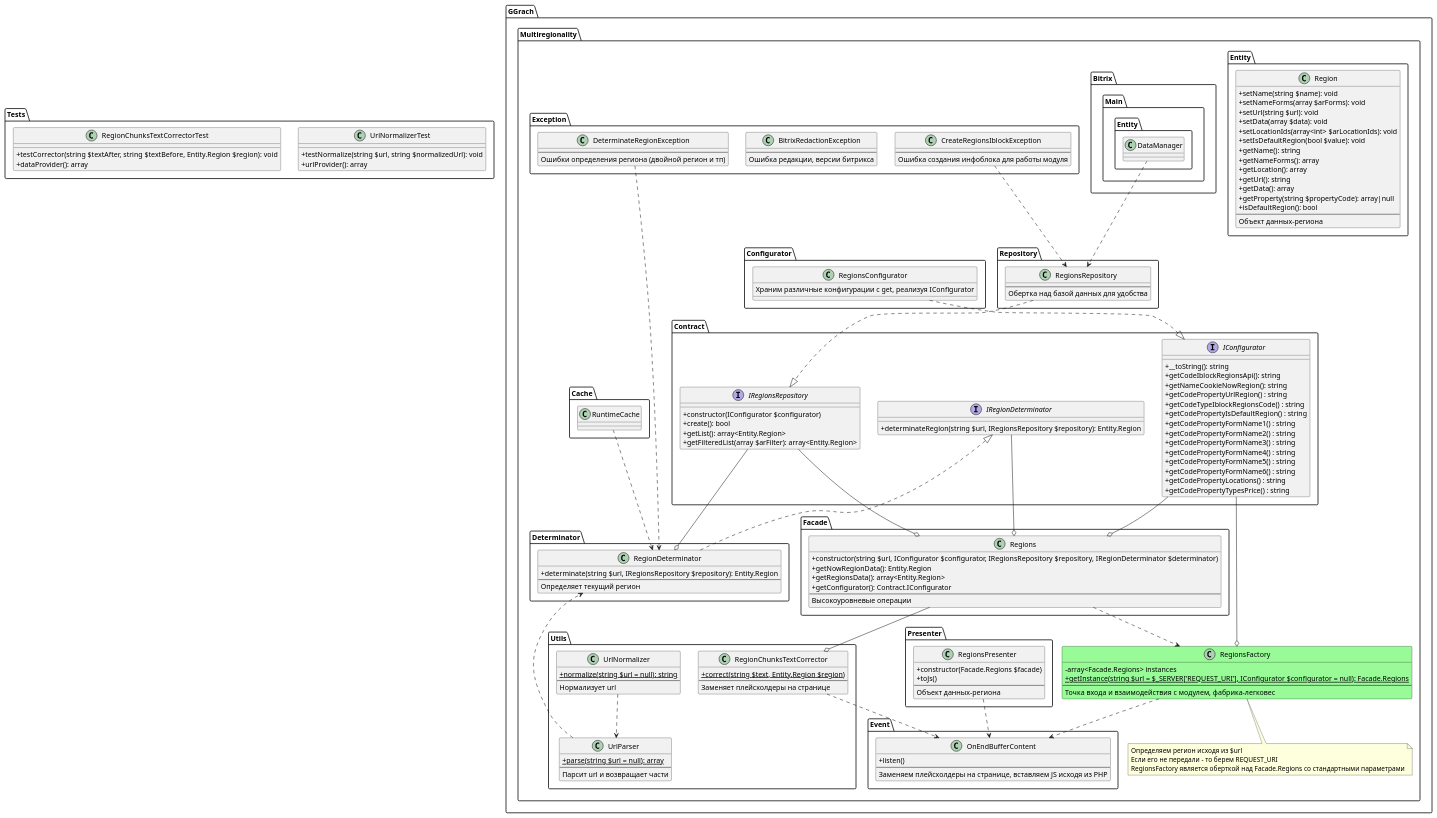
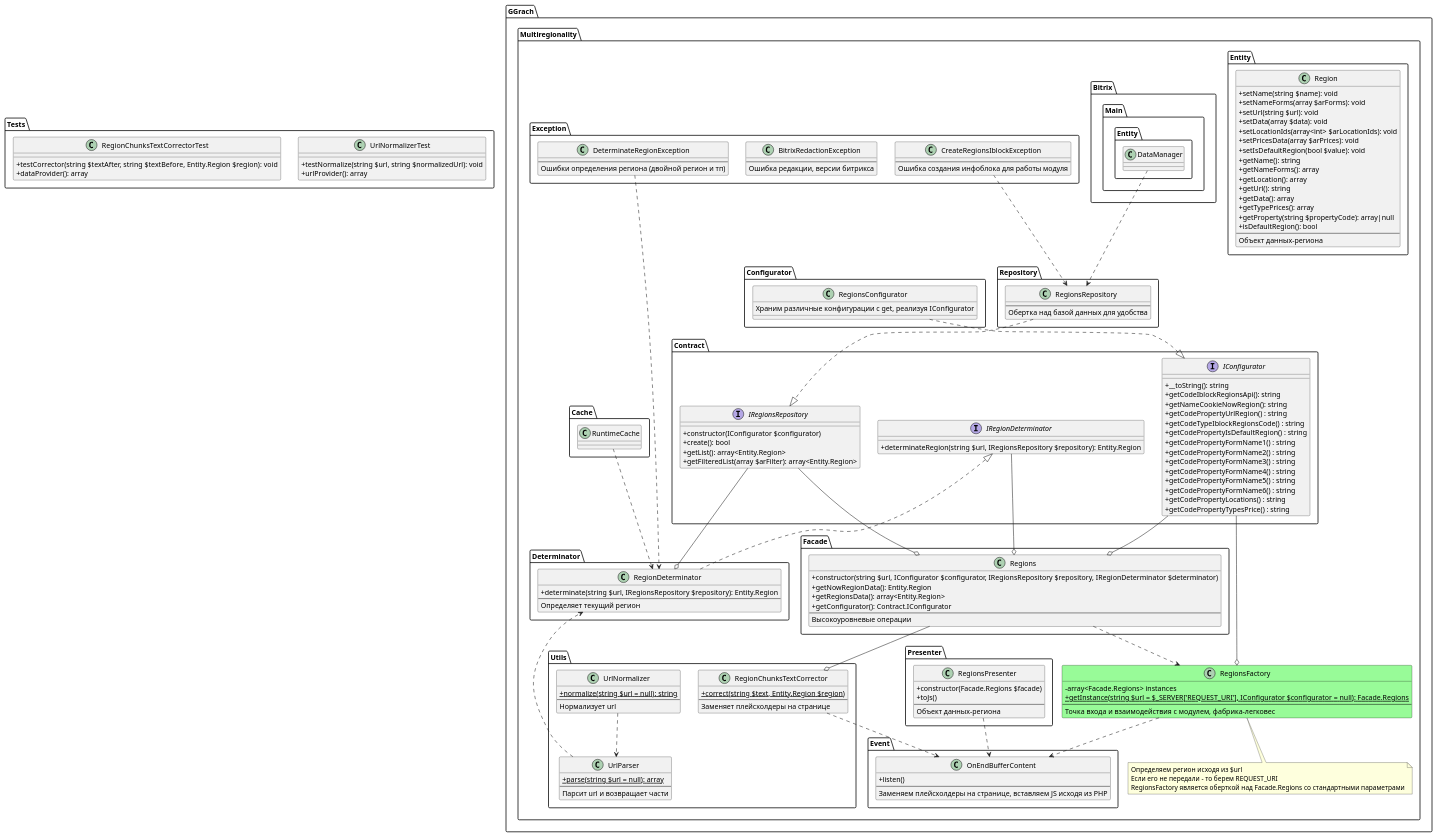
One commit to ggrachdev/bitrix_module_multiregionality changed the diagram in ggrachdev.multiregionality/classes/general/Multiregionality/structure.puml. Above: the diagram before and after it, drawn with PlantUML. The commit also changed 2 other files, not shown here.

Commit message:
Add possibility select type price

```diff
--- a/ggrachdev.multiregionality/classes/general/Multiregionality/structure.puml
+++ b/ggrachdev.multiregionality/classes/general/Multiregionality/structure.puml
@@ -36,12 +36,14 @@
             + setUrl(string $url): void
             + setData(array $data): void
             + setLocationIds(array<int> $arLocationIds): void
+            + setPricesData(array $arPrices): void
             + setIsDefaultRegion(bool $value): void
             + getName(): string
             + getNameForms(): array
             + getLocation(): array
             + getUrl(): string
             + getData(): array
+            + getTypePrices(): array
             + getProperty(string $propertyCode): array|null
             + isDefaultRegion(): bool
             ---
```
